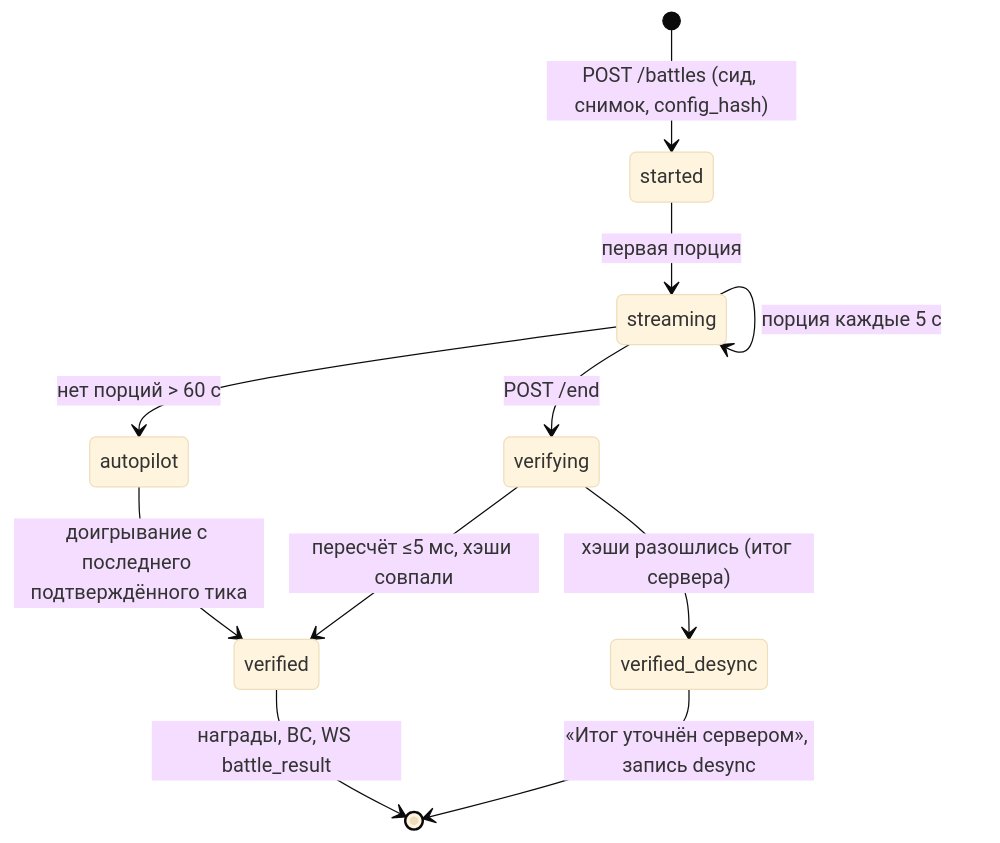
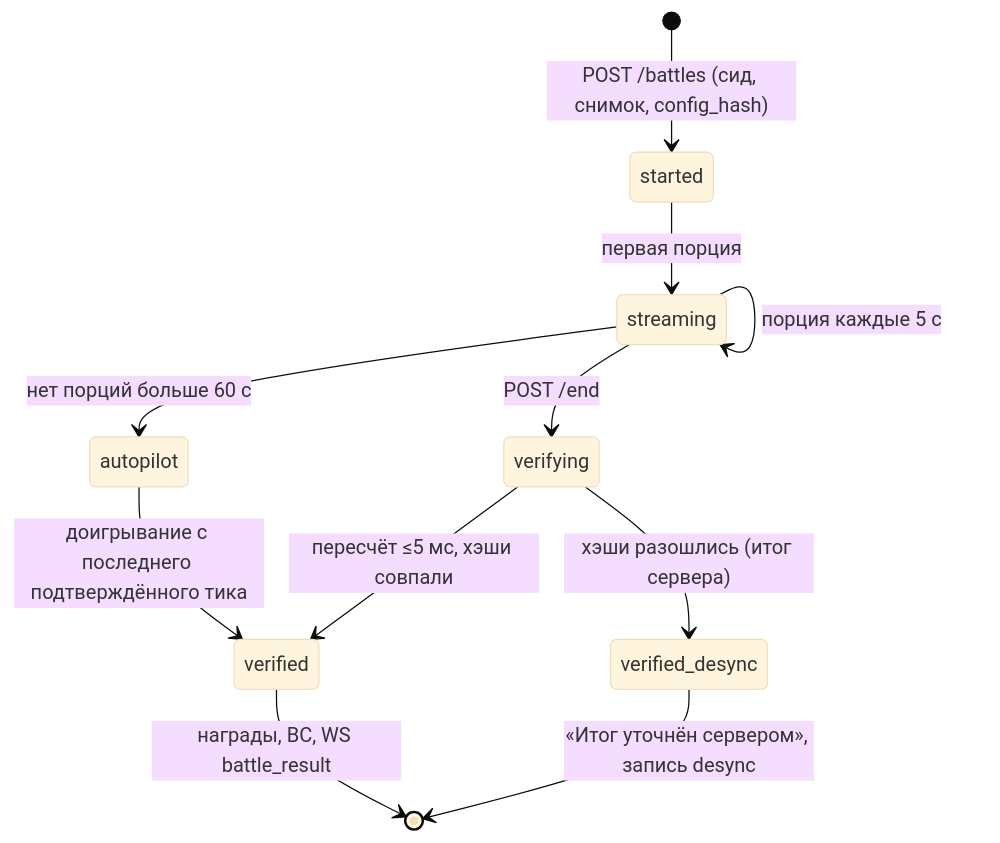
Before and after one commit to kaboomenko/Raivon: the seventh of 14 diagrams in docs/gdd/12_tech_analytics_roadmap.md, drawn with Mermaid (base theme). The commit also changed other lines of this file and 1 other file, not shown here.

````diff
--- a/docs/gdd/12_tech_analytics_roadmap.md
+++ b/docs/gdd/12_tech_analytics_roadmap.md
@@ -1092,13 +1106,13 @@
 ```mermaid
 stateDiagram-v2
   [*] --> started: POST /battles (сид, снимок, config_hash)
   started --> streaming: первая порция
   streaming --> streaming: порция каждые 5 с
   streaming --> verifying: POST /end
-  streaming --> autopilot: нет порций > 60 с
+  streaming --> autopilot: нет порций больше 60 с
   autopilot --> verified: доигрывание с последнего подтверждённого тика
   verifying --> verified: пересчёт ≤5 мс, хэши совпали
   verifying --> verified_desync: хэши разошлись (итог сервера)
   verified --> [*]: награды, ВС, WS battle_result
   verified_desync --> [*]: «Итог уточнён сервером», запись desync
 ```
````
